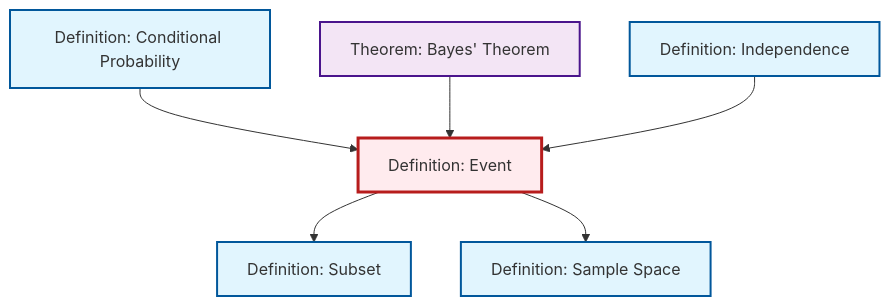
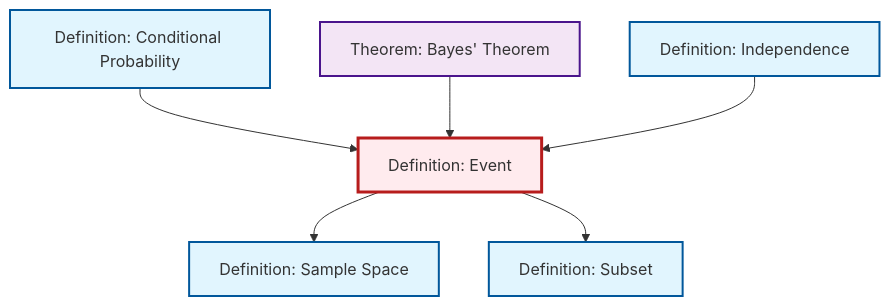
The diagram in content/en/probability-statistics/def-event.qmd (RK0429/ModernMath), drawn with Mermaid before and after one commit. The commit also changed other lines of this file and 1012 other files, not shown here.

````diff
--- a/content/en/probability-statistics/def-event.qmd
+++ b/content/en/probability-statistics/def-event.qmd
@@ -69,26 +69,26 @@
 ```{mermaid}
 %%| fig-cap: "Local dependency graph"
 graph TD
     classDef definition fill:#e1f5fe,stroke:#01579b,stroke-width:2px
     classDef theorem fill:#f3e5f5,stroke:#4a148c,stroke-width:2px
     classDef axiom fill:#fff3e0,stroke:#e65100,stroke-width:2px
     classDef example fill:#e8f5e9,stroke:#1b5e20,stroke-width:2px
     classDef current fill:#ffebee,stroke:#b71c1c,stroke-width:3px
+    def-conditional-probability["Definition: Conditional Probability"]:::definition
+    def-subset["Definition: Subset"]:::definition
+    thm-bayes["Theorem: Bayes' Theorem"]:::theorem
+    def-event["Definition: Event"]:::definition
+    def-independence["Definition: Independence"]:::definition
     def-sample-space["Definition: Sample Space"]:::definition
-    def-conditional-probability["Definition: Conditional Probability"]:::definition
-    def-event["Definition: Event"]:::definition
-    thm-bayes["Theorem: Bayes' Theorem"]:::theorem
-    def-subset["Definition: Subset"]:::definition
-    def-independence["Definition: Independence"]:::definition
+    def-event --> def-sample-space
+    def-conditional-probability --> def-event
+    thm-bayes --> def-event
     def-event --> def-subset
-    def-conditional-probability --> def-event
-    def-event --> def-sample-space
-    thm-bayes --> def-event
     def-independence --> def-event
     class def-event current
+    click def-conditional-probability "def-conditional-probability.html" "Go to Conditional Probability definition"
+    click def-subset "def-subset.html" "Go to Subset definition"
+    click thm-bayes "thm-bayes.html" "Go to Bayes' Theorem theorem"
+    click def-independence "def-independence.html" "Go to Independence definition"
     click def-sample-space "def-sample-space.html" "Go to Sample Space definition"
-    click def-conditional-probability "def-conditional-probability.html" "Go to Conditional Probability definition"
-    click thm-bayes "thm-bayes.html" "Go to Bayes' Theorem theorem"
-    click def-subset "def-subset.html" "Go to Subset definition"
-    click def-independence "def-independence.html" "Go to Independence definition"
 ```
````
